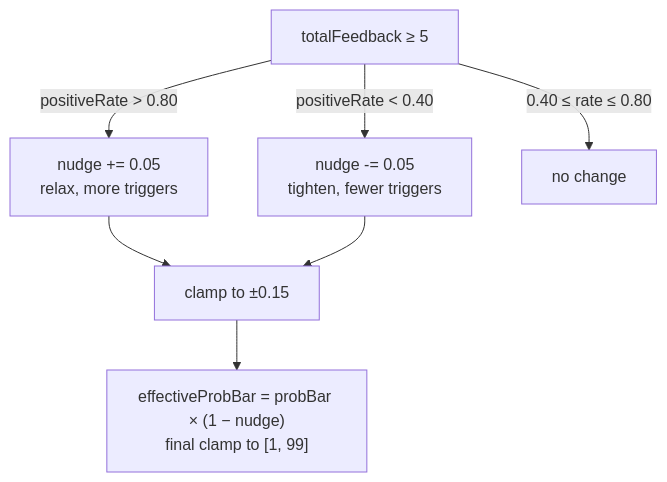
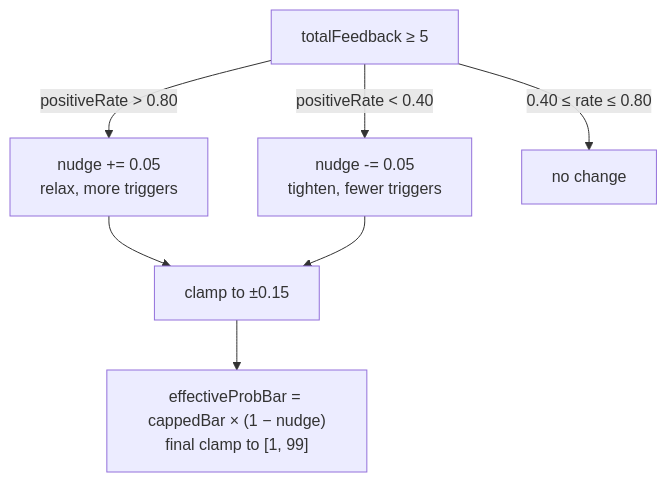
Before and after one commit to meetsaiya/weather: the fourth of 7 diagrams in docs/ALGORITHM_FLOW.md, drawn with Mermaid. The commit also changed other lines of this file and 2 other files, not shown here.

````diff
--- a/docs/ALGORITHM_FLOW.md
+++ b/docs/ALGORITHM_FLOW.md
@@ -97,9 +106,9 @@
 ```mermaid
 flowchart TD
   COUNT[totalFeedback ≥ 5] -->|positiveRate &gt; 0.80| RELAX[nudge += 0.05<br/>relax, more triggers]
   COUNT -->|positiveRate &lt; 0.40| TIGHT[nudge -= 0.05<br/>tighten, fewer triggers]
   COUNT -->|0.40 ≤ rate ≤ 0.80| HOLD[no change]
   RELAX --> CLAMP[clamp to ±0.15]
   TIGHT --> CLAMP
-  CLAMP --> APPLY["effectiveProbBar = probBar × (1 − nudge)<br/>final clamp to [1, 99]"]
+  CLAMP --> APPLY["effectiveProbBar = cappedBar × (1 − nudge)<br/>final clamp to [1, 99]"]
 ```
````
